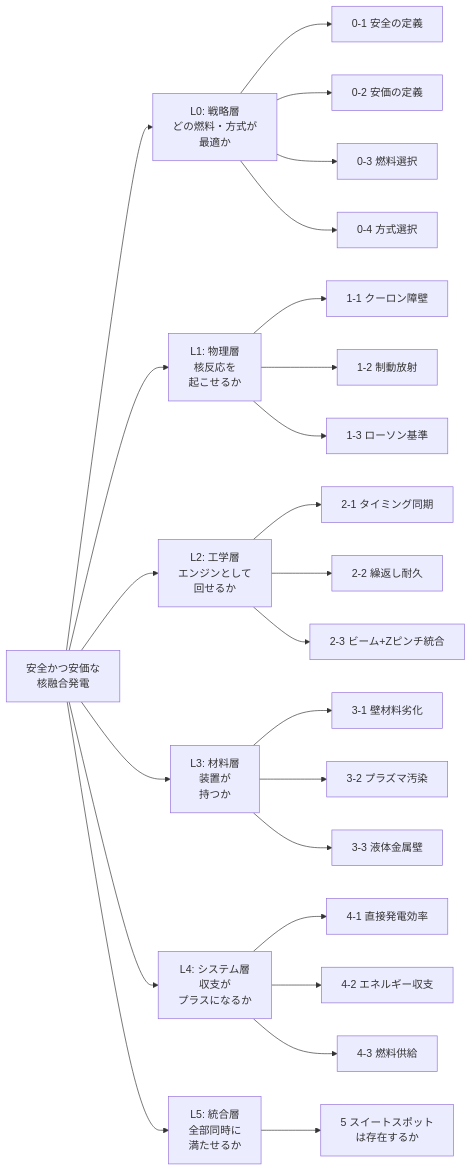
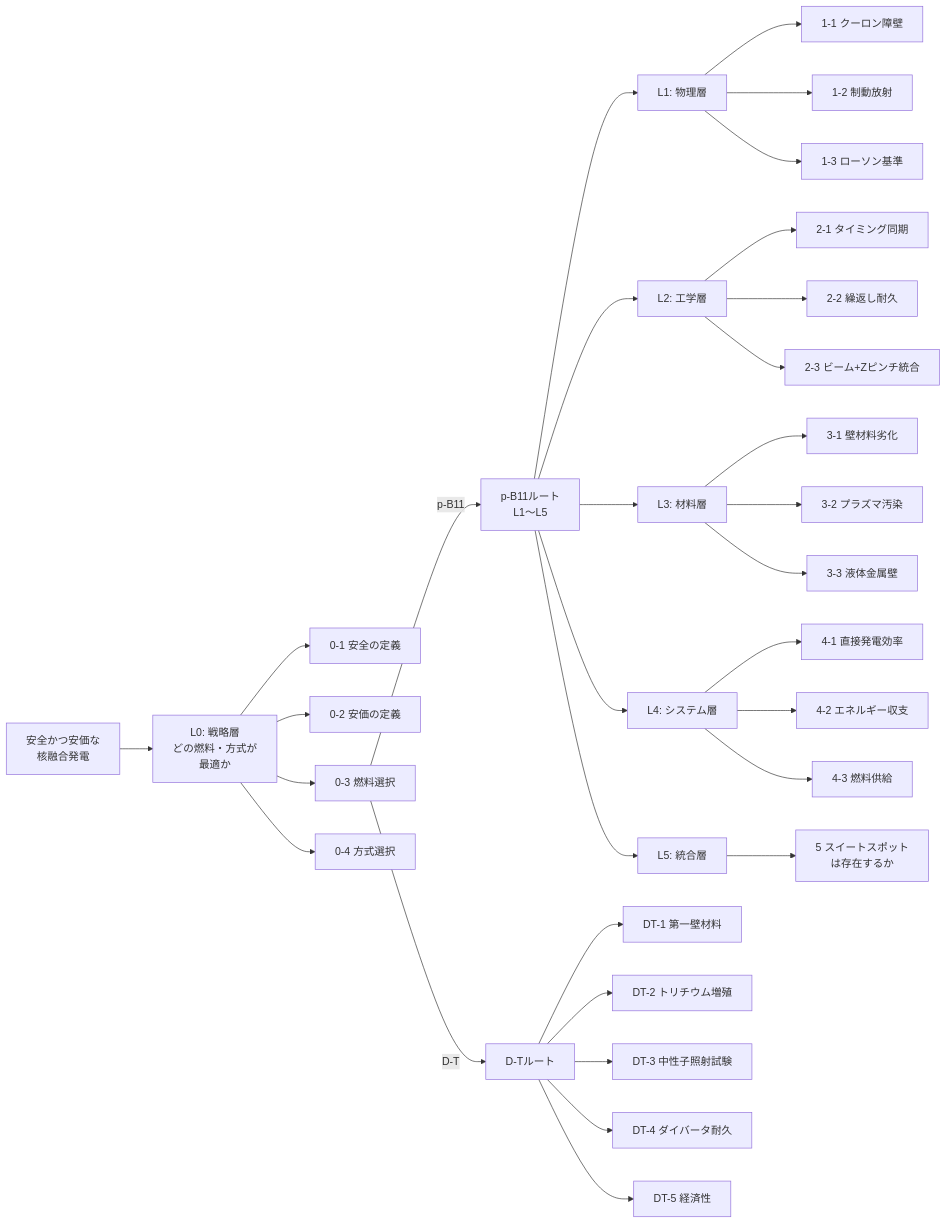
The first of 4 diagrams in yomons/overview.md (GoodRelax/pb11-fusion), drawn with Mermaid before and after one commit. The commit also changed other lines of this file, not shown here.

````diff
--- a/yomons/overview.md
+++ b/yomons/overview.md
@@ -13,34 +13,44 @@
 ```mermaid
 flowchart LR
     ROOT["安全かつ安価な\n核融合発電"]
 
     ROOT --> L0["L0: 戦略層\nどの燃料・方式が\n最適か"]
-    ROOT --> L1["L1: 物理層\n核反応を\n起こせるか"]
-    ROOT --> L2["L2: 工学層\nエンジンとして\n回せるか"]
-    ROOT --> L3["L3: 材料層\n装置が\n持つか"]
-    ROOT --> L4["L4: システム層\n収支が\nプラスになるか"]
-    ROOT --> L5["L5: 統合層\n全部同時に\n満たせるか"]
 
     L0 --> L0A["0-1 安全の定義"]
     L0 --> L0B["0-2 安価の定義"]
     L0 --> L0C["0-3 燃料選択"]
     L0 --> L0D["0-4 方式選択"]
+
+    L0C -->|"p-B11"| PB["p-B11ルート\nL1〜L5"]
+    L0C -->|"D-T"| DT["D-Tルート"]
+
+    PB --> L1["L1: 物理層"]
+    PB --> L2["L2: 工学層"]
+    PB --> L3["L3: 材料層"]
+    PB --> L4["L4: システム層"]
+    PB --> L5["L5: 統合層"]
 
     L1 --> L1A["1-1 クーロン障壁"]
     L1 --> L1B["1-2 制動放射"]
     L1 --> L1C["1-3 ローソン基準"]
 
     L2 --> L2A["2-1 タイミング同期"]
     L2 --> L2B["2-2 繰返し耐久"]
     L2 --> L2C["2-3 ビーム+Zピンチ統合"]
 
     L3 --> L3A["3-1 壁材料劣化"]
     L3 --> L3B["3-2 プラズマ汚染"]
     L3 --> L3C["3-3 液体金属壁"]
 
     L4 --> L4A["4-1 直接発電効率"]
     L4 --> L4B["4-2 エネルギー収支"]
     L4 --> L4C["4-3 燃料供給"]
 
     L5 --> L5A["5 スイートスポット\nは存在するか"]
+
+    DT --> DT1["DT-1 第一壁材料"]
+    DT --> DT2["DT-2 トリチウム増殖"]
+    DT --> DT3["DT-3 中性子照射試験"]
+    DT --> DT4["DT-4 ダイバータ耐久"]
+    DT --> DT5["DT-5 経済性"]
 ```
````
